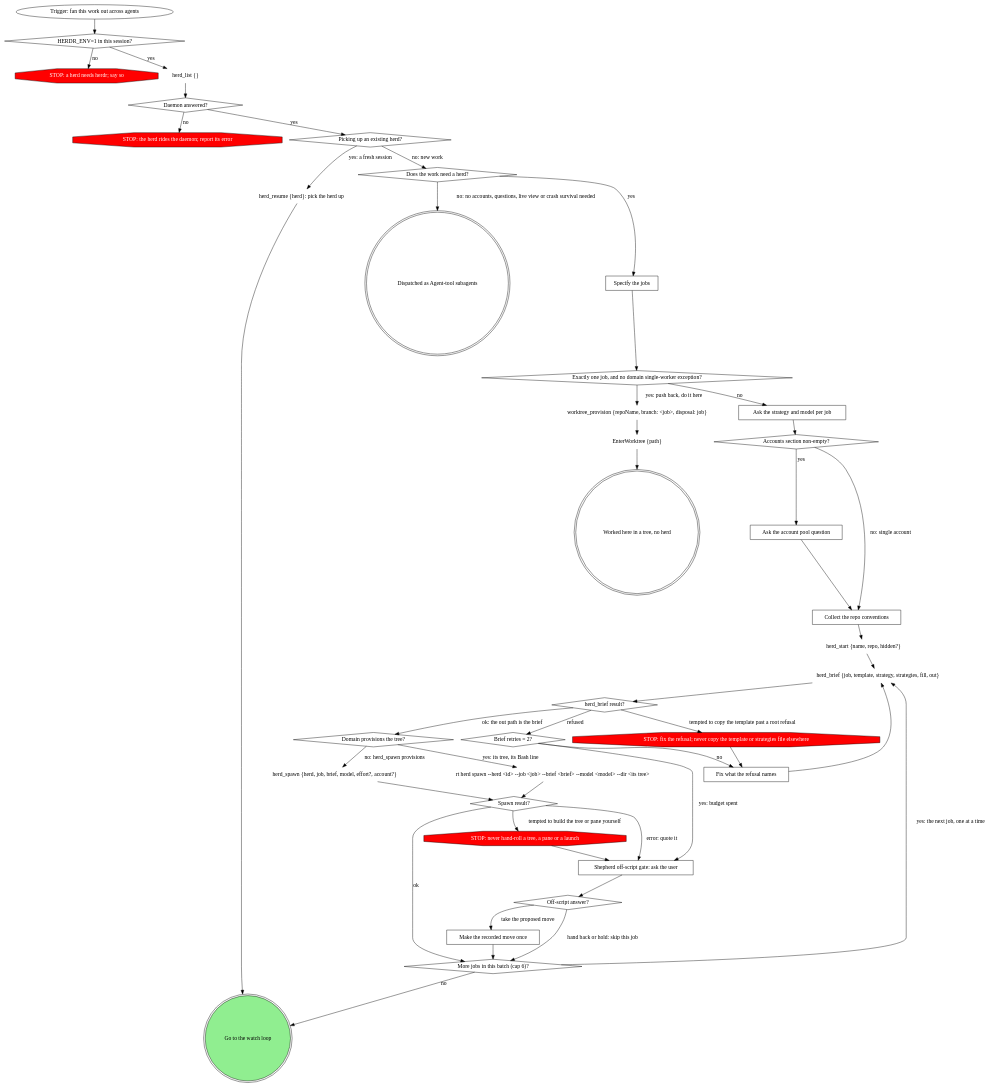
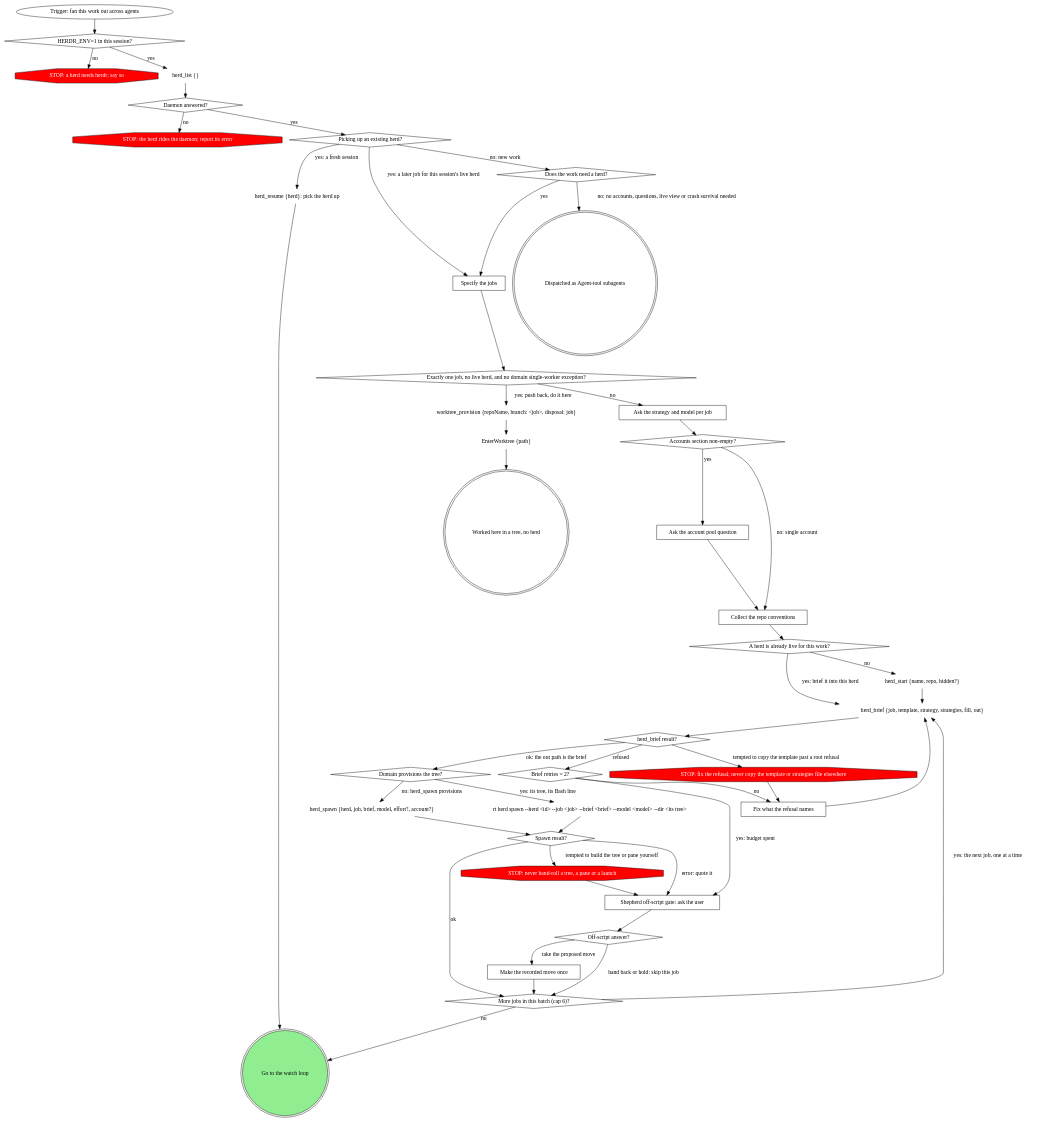
One commit to m4ttstack/skills changed the first of 3 diagrams in attachments/orchestration/shepherdr/SKILL.md. Above: the diagram before and after it, drawn with Graphviz. The commit also changed other lines of this file and 3 other files, not shown here.

Commit message:
shepherdr: live-herd join, per-lane close, nag and reviewer edges, account ask edge

```diff
--- a/attachments/orchestration/shepherdr/SKILL.md
+++ b/attachments/orchestration/shepherdr/SKILL.md
@@ -88,7 +88,7 @@
     "Does the work need a herd?" [shape=diamond];
     "Dispatched as Agent-tool subagents" [shape=doublecircle];
     "Specify the jobs" [shape=box];
-    "Exactly one job, and no domain single-worker exception?" [shape=diamond];
+    "Exactly one job, no live herd, and no domain single-worker exception?" [shape=diamond];
     "worktree_provision {repoName, branch: <job>, disposal: job}" [shape=plaintext];
     "EnterWorktree {path}" [shape=plaintext];
     "Worked here in a tree, no herd" [shape=doublecircle];
@@ -96,6 +96,7 @@
     "Accounts section non-empty?" [shape=diamond];
     "Ask the account pool question" [shape=box];
     "Collect the repo conventions" [shape=box];
+    "A herd is already live for this work?" [shape=diamond];
     "herd_start {name, repo, hidden?}" [shape=plaintext];
     "herd_brief {job, template, strategy, strategies, fill, out}" [shape=plaintext];
     "herd_brief result?" [shape=diamond];
@@ -121,19 +122,22 @@
     "Daemon answered?" -> "Picking up an existing herd?" [label="yes"];
     "Picking up an existing herd?" -> "herd_resume {herd}: pick the herd up" [label="yes: a fresh session"];
     "Picking up an existing herd?" -> "Does the work need a herd?" [label="no: new work"];
+    "Picking up an existing herd?" -> "Specify the jobs" [label="yes: a later job for this session's live herd"];
     "herd_resume {herd}: pick the herd up" -> "Go to the watch loop";
     "Does the work need a herd?" -> "Dispatched as Agent-tool subagents" [label="no: no accounts, questions, live view or crash survival needed"];
     "Does the work need a herd?" -> "Specify the jobs" [label="yes"];
-    "Specify the jobs" -> "Exactly one job, and no domain single-worker exception?";
-    "Exactly one job, and no domain single-worker exception?" -> "worktree_provision {repoName, branch: <job>, disposal: job}" [label="yes: push back, do it here"];
-    "Exactly one job, and no domain single-worker exception?" -> "Ask the strategy and model per job" [label="no"];
+    "Specify the jobs" -> "Exactly one job, no live herd, and no domain single-worker exception?";
+    "Exactly one job, no live herd, and no domain single-worker exception?" -> "worktree_provision {repoName, branch: <job>, disposal: job}" [label="yes: push back, do it here"];
+    "Exactly one job, no live herd, and no domain single-worker exception?" -> "Ask the strategy and model per job" [label="no"];
     "worktree_provision {repoName, branch: <job>, disposal: job}" -> "EnterWorktree {path}";
     "EnterWorktree {path}" -> "Worked here in a tree, no herd";
     "Ask the strategy and model per job" -> "Accounts section non-empty?";
     "Accounts section non-empty?" -> "Ask the account pool question" [label="yes"];
     "Accounts section non-empty?" -> "Collect the repo conventions" [label="no: single account"];
     "Ask the account pool question" -> "Collect the repo conventions";
-    "Collect the repo conventions" -> "herd_start {name, repo, hidden?}";
+    "Collect the repo conventions" -> "A herd is already live for this work?";
+    "A herd is already live for this work?" -> "herd_start {name, repo, hidden?}" [label="no"];
+    "A herd is already live for this work?" -> "herd_brief {job, template, strategy, strategies, fill, out}" [label="yes: brief it into this herd"];
     "herd_start {name, repo, hidden?}" -> "herd_brief {job, template, strategy, strategies, fill, out}";
     "herd_brief {job, template, strategy, strategies, fill, out}" -> "herd_brief result?";
     "herd_brief result?" -> "Domain provisions the tree?" [label="ok: the out path is the brief"];
```
